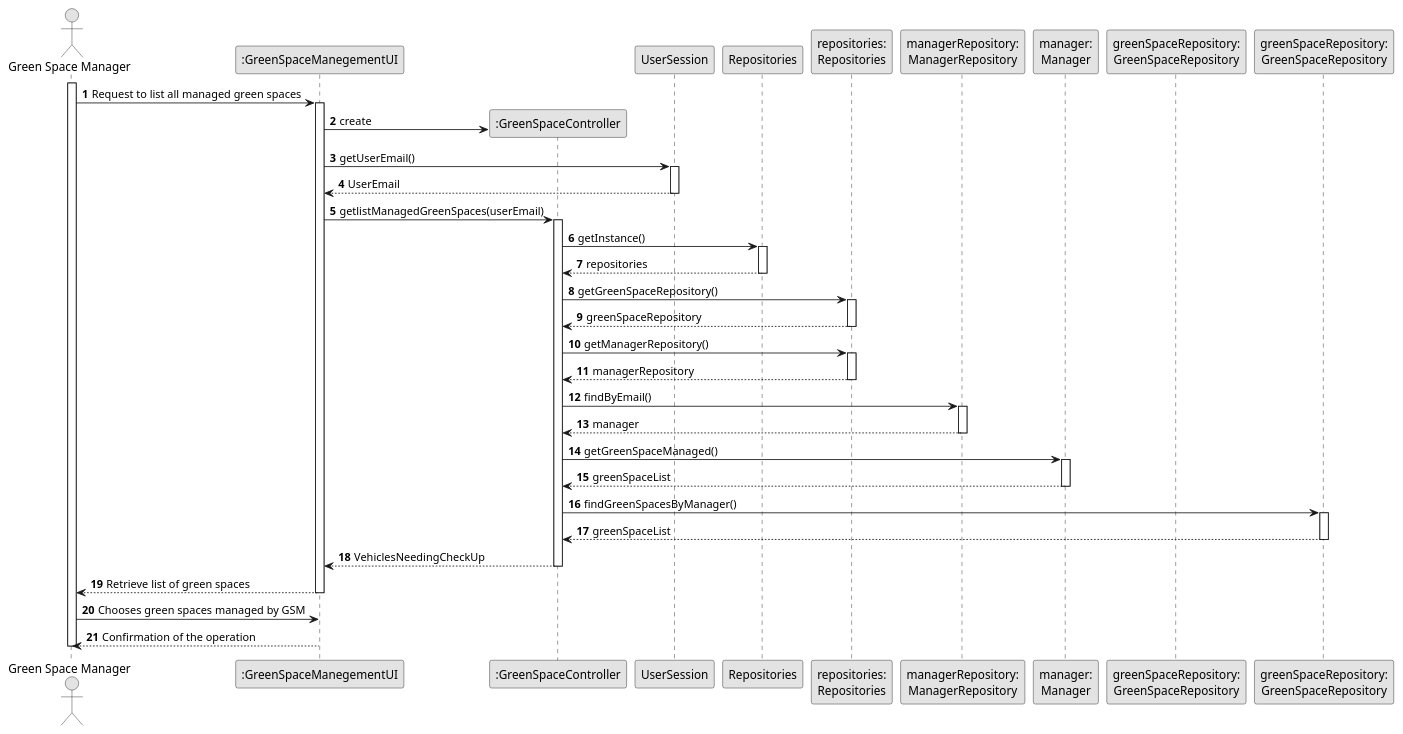
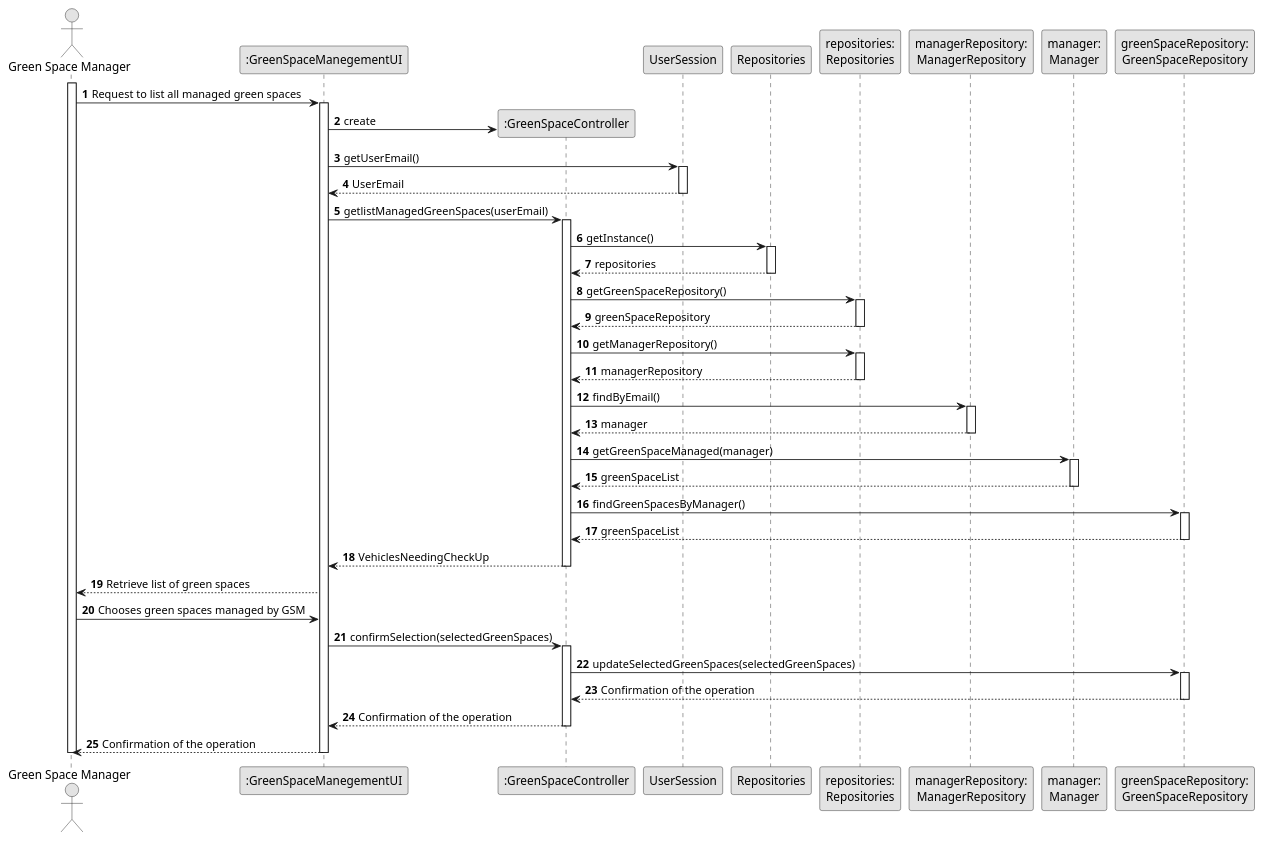
The diagram in docs/SprintC/us27/03.design/puml/us027-sequence-diagram-full.puml (Departamento-de-Engenharia-Informatica/lei-24-s2-1df-1de-g063), drawn with PlantUML before and after one commit.

Commit message:
atualizaçao sequence diagram us27

```diff
--- a/docs/SprintC/us27/03.design/puml/us027-sequence-diagram-full.puml
+++ b/docs/SprintC/us27/03.design/puml/us027-sequence-diagram-full.puml
@@ -1,88 +1,106 @@
 @startuml
 skinparam monochrome true
 skinparam packageStyle rectangle
 skinparam shadowing false
 
 autonumber
 
 'hide footbox
 actor "Green Space Manager" as VFM
 participant ":GreenSpaceManegementUI" as UI
 participant ":GreenSpaceController" as CTRL
 participant "UserSession" as usersession
 participant "Repositories" as Rep
 participant "repositories:\nRepositories" as Repositories
 participant "managerRepository:\nManagerRepository" as VehicleRepository
 participant "manager:\nManager" as Vehicle
 participant "greenSpaceRepository:\nGreenSpaceRepository" as greenSpaceRepository
 
 activate VFM
 
 VFM -> UI : Request to list all managed green spaces
 
     activate UI
 
         UI -> CTRL** : create
 
         UI -> usersession : getUserEmail()
                activate usersession
 
         usersession --> UI : UserEmail
         deactivate usersession
 
 
         UI -> CTRL : getlistManagedGreenSpaces(userEmail)
         activate CTRL
 
             CTRL -> Rep : getInstance()
             activate Rep
 
                 Rep --> CTRL : repositories
             deactivate Rep
 
             CTRL -> Repositories : getGreenSpaceRepository()
             activate Repositories
 
             Repositories --> CTRL : greenSpaceRepository
             deactivate Repositories
 
 
             CTRL -> Repositories : getManagerRepository()
             activate Repositories
 
                 Repositories --> CTRL : managerRepository
             deactivate Repositories
 
             CTRL -> VehicleRepository : findByEmail()
                         activate VehicleRepository
 
                             VehicleRepository --> CTRL : manager
                         deactivate VehicleRepository
 
-            CTRL -> Vehicle : getGreenSpaceManaged()
+            CTRL -> Vehicle : getGreenSpaceManaged(manager)
                                     activate Vehicle
 
                                         Vehicle --> CTRL : greenSpaceList
                                     deactivate Vehicle
 
-             CTRL -> "greenSpaceRepository:\nGreenSpaceRepository" : findGreenSpacesByManager()
-                                                activate "greenSpaceRepository:\nGreenSpaceRepository"
+             CTRL -> "greenSpaceRepository" : findGreenSpacesByManager()
+                                                activate "greenSpaceRepository"
 
-                                                    "greenSpaceRepository:\nGreenSpaceRepository" --> CTRL : greenSpaceList
-                                                deactivate "greenSpaceRepository:\nGreenSpaceRepository"
+                                                    "greenSpaceRepository" --> CTRL : greenSpaceList
+                                                deactivate "greenSpaceRepository"
 
 
 
 
             CTRL --> UI : VehiclesNeedingCheckUp
         deactivate CTRL
 
         UI --> VFM : Retrieve list of green spaces
 
-    deactivate UI
+
+
 VFM -> UI : Chooses green spaces managed by GSM
+
+
+ UI -> CTRL : confirmSelection(selectedGreenSpaces)
+        activate CTRL
+
+        CTRL -> "greenSpaceRepository" : updateSelectedGreenSpaces(selectedGreenSpaces)
+                                                        activate "greenSpaceRepository"
+
+                                                            "greenSpaceRepository" --> CTRL : Confirmation of the operation
+                                                        deactivate "greenSpaceRepository"
+
+
+
+         CTRL --> UI : Confirmation of the operation
+                deactivate CTRL
+
+
 UI --> VFM : Confirmation of the operation
-
+deactivate UI
 deactivate VFM
 
 @enduml
```
